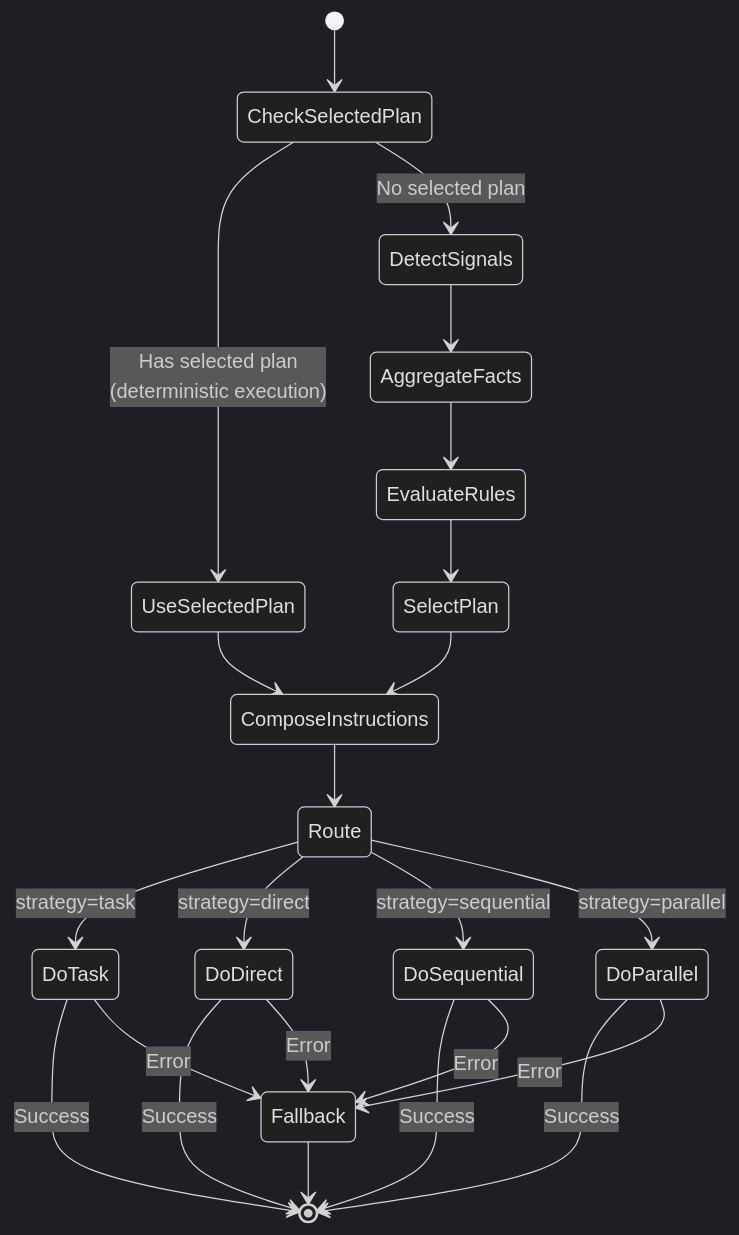
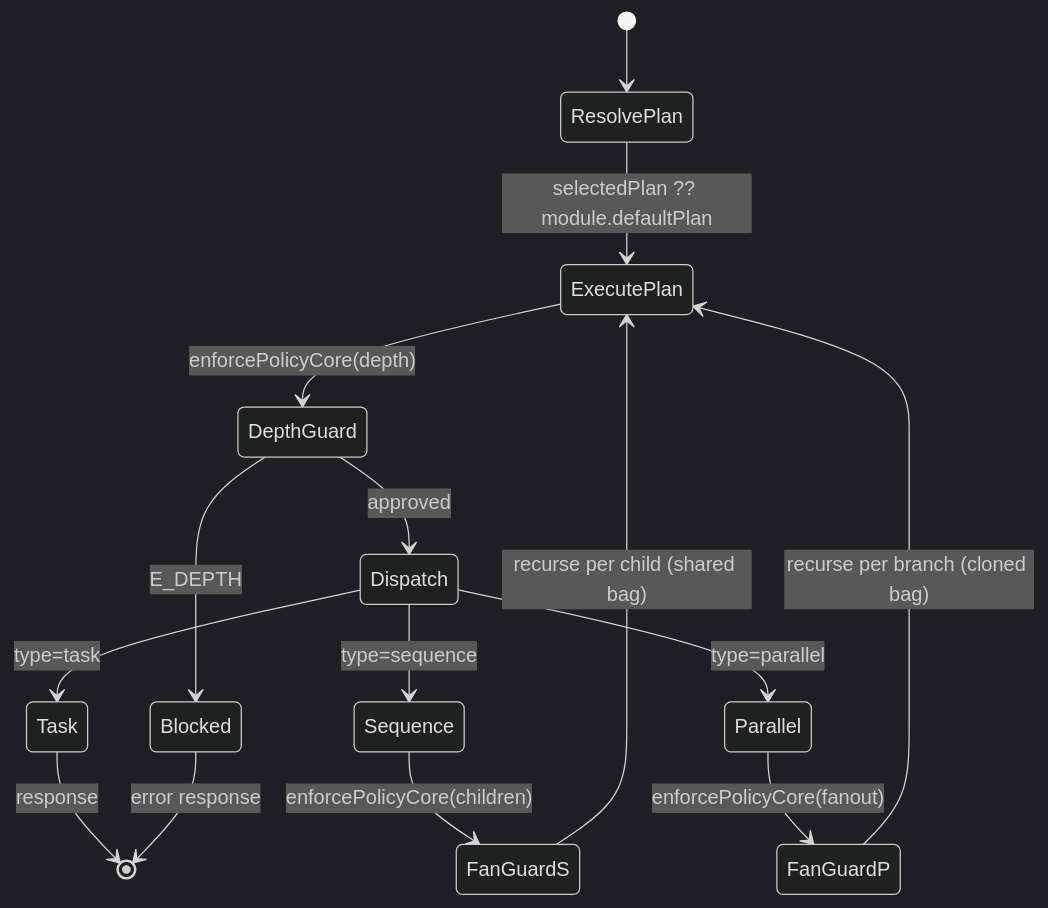
The third of 4 diagrams in docs/architecture-overview.md (machellerogden/thinksuit), drawn with Mermaid (dark theme) before and after one commit. The commit also changed other lines of this file and 129 other files, not shown here.

````diff
--- a/docs/architecture-overview.md
+++ b/docs/architecture-overview.md
@@ -205,33 +221,21 @@
 ```mermaid
 stateDiagram-v2
-    [*] --> CheckSelectedPlan
+    [*] --> ResolvePlan
+    ResolvePlan --> ExecutePlan: selectedPlan ?? module.defaultPlan
 
-    CheckSelectedPlan --> UseSelectedPlan: Has selected plan<br/>(deterministic execution)
-    CheckSelectedPlan --> DetectSignals: No selected plan
+    ExecutePlan --> DepthGuard: enforcePolicyCore(depth)
+    DepthGuard --> Dispatch: approved
+    DepthGuard --> Blocked: E_DEPTH
 
-    UseSelectedPlan --> ComposeInstructions
+    Dispatch --> Task: type=task
+    Dispatch --> Sequence: type=sequence
+    Dispatch --> Parallel: type=parallel
 
-    DetectSignals --> AggregateFacts
-    AggregateFacts --> EvaluateRules
-    EvaluateRules --> SelectPlan
-    SelectPlan --> ComposeInstructions
+    Sequence --> FanGuardS: enforcePolicyCore(children)
+    Parallel --> FanGuardP: enforcePolicyCore(fanout)
+    FanGuardS --> ExecutePlan: recurse per child (shared bag)
+    FanGuardP --> ExecutePlan: recurse per branch (cloned bag)
 
-    ComposeInstructions --> Route
-
-    Route --> DoTask: strategy=task
-    Route --> DoDirect: strategy=direct
-    Route --> DoSequential: strategy=sequential
-    Route --> DoParallel: strategy=parallel
-
-    DoTask --> [*]: Success
-    DoDirect --> [*]: Success
-    DoSequential --> [*]: Success
-    DoParallel --> [*]: Success
-
-    DoTask --> Fallback: Error
-    DoDirect --> Fallback: Error
-    DoSequential --> Fallback: Error
-    DoParallel --> Fallback: Error
-
-    Fallback --> [*]
+    Task --> [*]: response
+    Blocked --> [*]: error response
 ```
````
